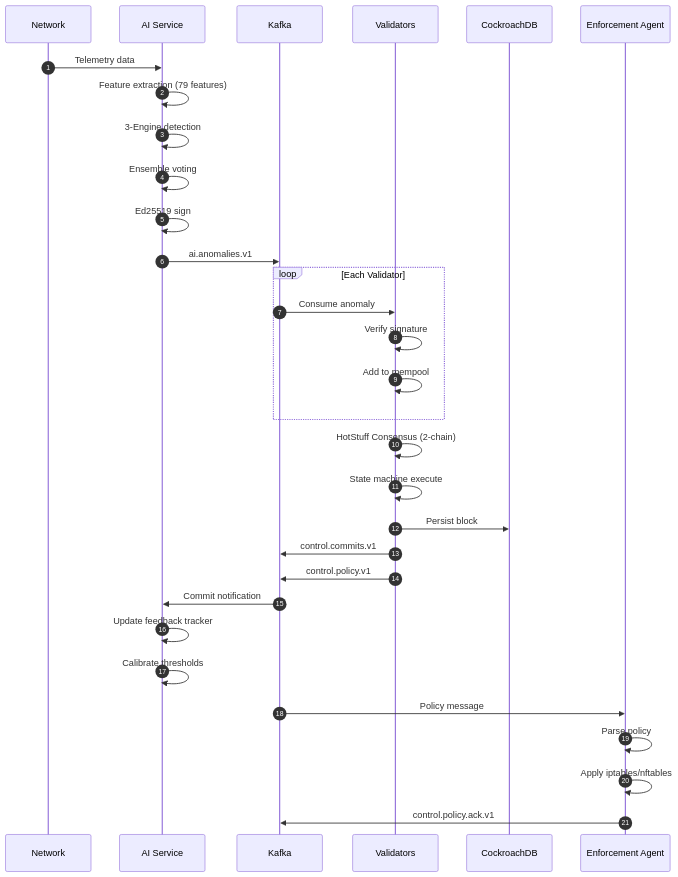
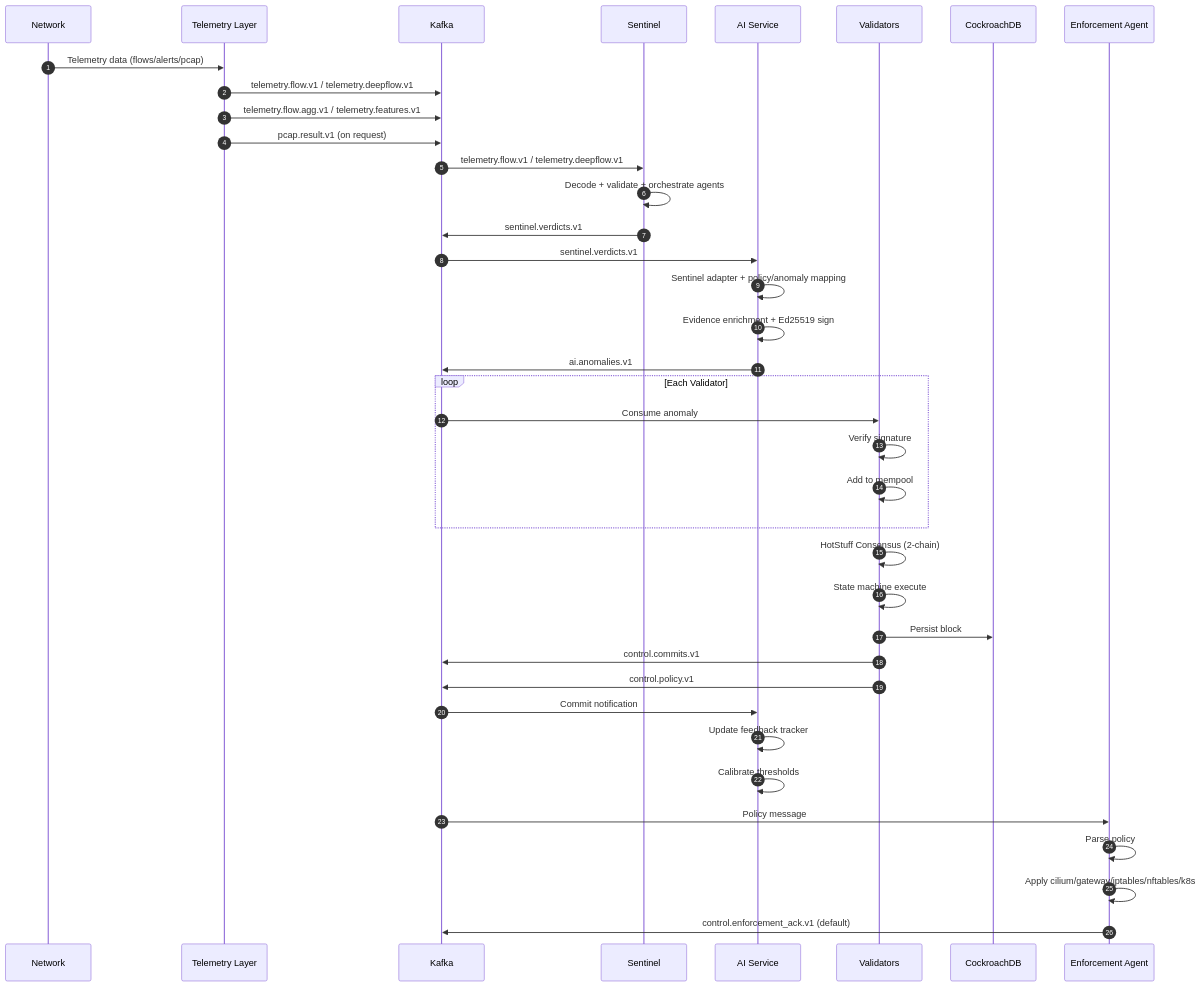
Before and after one commit to EveShark/CyberMesh: the first of 14 diagrams in docs/design/DATA_FLOW.md, drawn with Mermaid. The commit also changed other lines of this file and 49 other files, not shown here.

````diff
--- a/docs/design/DATA_FLOW.md
+++ b/docs/design/DATA_FLOW.md
@@ -34,38 +34,45 @@
 ```mermaid
 sequenceDiagram
     autonumber
     participant Net as Network
+    participant TL as Telemetry Layer
+    participant Kafka as Kafka
+    participant S as Sentinel
     participant AI as AI Service
-    participant Kafka as Kafka
     participant Val as Validators
     participant DB as CockroachDB
     participant Agent as Enforcement Agent
     
-    Net->>AI: Telemetry data
-    AI->>AI: Feature extraction (79 features)
-    AI->>AI: 3-Engine detection
-    AI->>AI: Ensemble voting
-    AI->>AI: Ed25519 sign
+    Net->>TL: Telemetry data (flows/alerts/pcap)
+    TL->>Kafka: telemetry.flow.v1 / telemetry.deepflow.v1
+    TL->>Kafka: telemetry.flow.agg.v1 / telemetry.features.v1
+    TL->>Kafka: pcap.result.v1 (on request)
+    Kafka->>S: telemetry.flow.v1 / telemetry.deepflow.v1
+    S->>S: Decode + validate + orchestrate agents
+    S->>Kafka: sentinel.verdicts.v1
+    Kafka->>AI: sentinel.verdicts.v1
+    AI->>AI: Sentinel adapter + policy/anomaly mapping
+    AI->>AI: Evidence enrichment + Ed25519 sign
     AI->>Kafka: ai.anomalies.v1
     
     loop Each Validator
         Kafka->>Val: Consume anomaly
         Val->>Val: Verify signature
         Val->>Val: Add to mempool
     end
     
     Val->>Val: HotStuff Consensus (2-chain)
     Val->>Val: State machine execute
     Val->>DB: Persist block
     Val->>Kafka: control.commits.v1
     Val->>Kafka: control.policy.v1
     
     Kafka->>AI: Commit notification
     AI->>AI: Update feedback tracker
     AI->>AI: Calibrate thresholds
     
     Kafka->>Agent: Policy message
     Agent->>Agent: Parse policy
-    Agent->>Agent: Apply iptables/nftables
-    Agent->>Kafka: control.policy.ack.v1
+    Agent->>Agent: Apply cilium/gateway/iptables/nftables/k8s
+    Agent->>Kafka: control.enforcement_ack.v1 (default)
 ```
````
